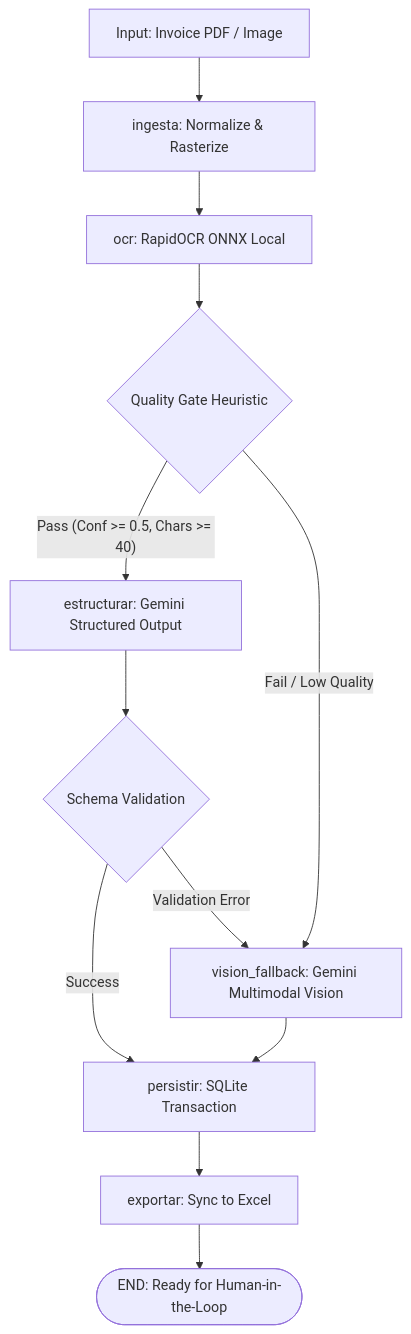
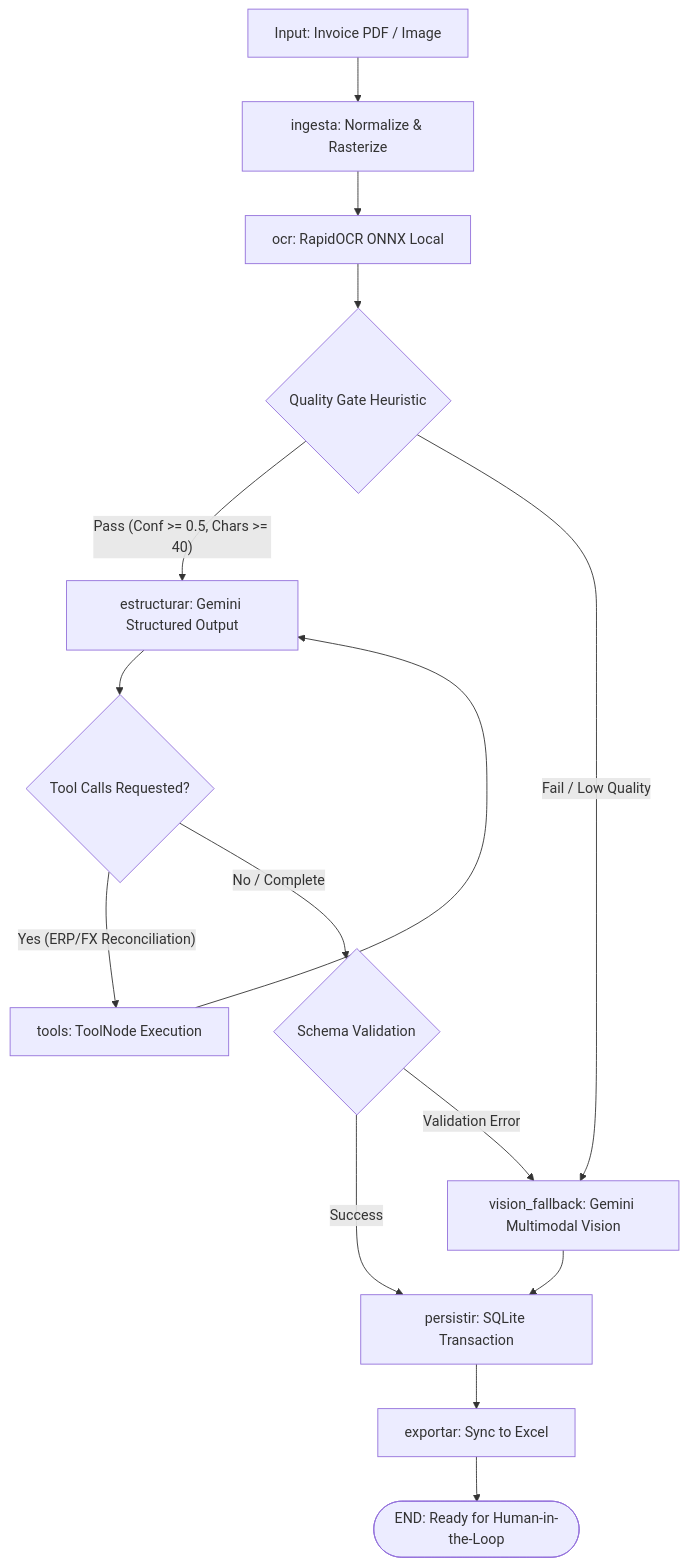
The diagram in README.md (CristianMz21/invoice-ai-agent), drawn with Mermaid before and after one commit. The commit also changed other lines of this file and 6 other files, not shown here.

Commit message:
docs: update architecture specification, quality gates, and tool routing

````diff
--- a/README.md
+++ b/README.md
@@ -17,17 +19,21 @@
 ```mermaid
 flowchart TD
     A[Input: Invoice PDF / Image] --> B[ingesta: Normalize & Rasterize]
     B --> C[ocr: RapidOCR ONNX Local]
     C --> D{Quality Gate Heuristic}
     
     D -- "Pass (Conf >= 0.5, Chars >= 40)" --> E[estructurar: Gemini Structured Output]
     D -- "Fail / Low Quality" --> F[vision_fallback: Gemini Multimodal Vision]
     
-    E --> G{Schema Validation}
+    E --> T{Tool Calls Requested?}
+    T -- "Yes (ERP/FX Reconciliation)" --> T1[tools: ToolNode Execution]
+    T1 --> E
+    T -- "No / Complete" --> G{Schema Validation}
+    
     G -- "Success" --> H[persistir: SQLite Transaction]
     G -- "Validation Error" --> F
     
     F --> H
     H --> I[exportar: Sync to Excel]
     I --> J([END: Ready for Human-in-the-Loop])
 ```
````
